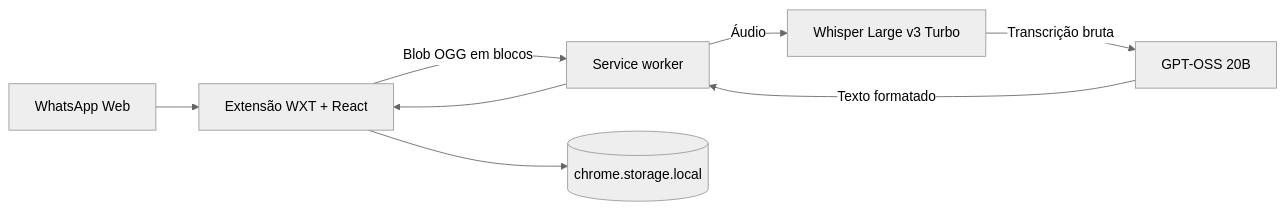
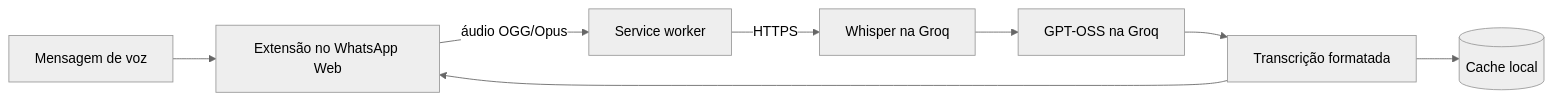
Before and after one commit to gabrielMalonso/whatsapp-audio-transcriber: the diagram in README.md, drawn with Mermaid (neutral theme). The commit also changed other lines of this file and 16 other files, not shown here.

````diff
--- a/README.md
+++ b/README.md
@@ -7,9 +43,10 @@
 ```mermaid
 flowchart LR
-    WA[WhatsApp Web] --> CS[Extensão WXT + React]
-    CS -->|Blob OGG em blocos| SW[Service worker]
-    SW -->|Áudio| WH[Whisper Large v3 Turbo]
-    WH -->|Transcrição bruta| GPT[GPT-OSS 20B]
-    GPT -->|Texto formatado| SW --> CS
-    CS --> CACHE[(chrome.storage.local)]
+    A[Mensagem de voz] --> B[Extensão no WhatsApp Web]
+    B -->|áudio OGG/Opus| C[Service worker]
+    C -->|HTTPS| D[Whisper na Groq]
+    D --> E[GPT-OSS na Groq]
+    E --> F[Transcrição formatada]
+    F --> G[(Cache local)]
+    F --> B
 ```
````
